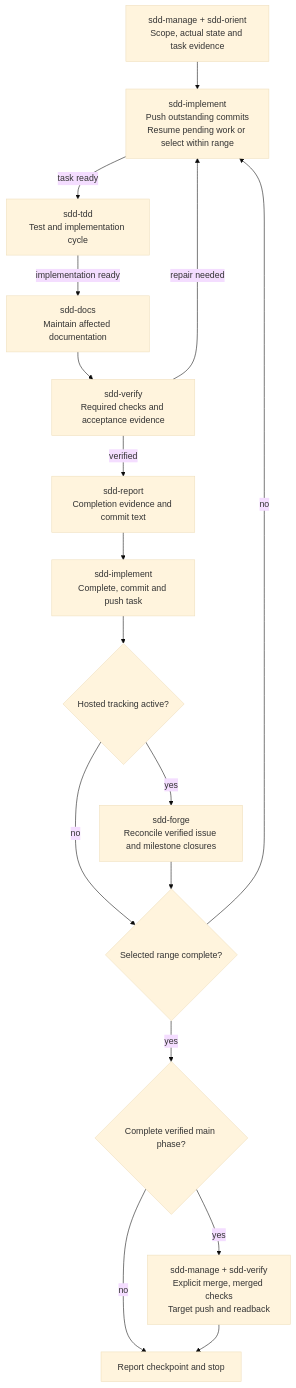
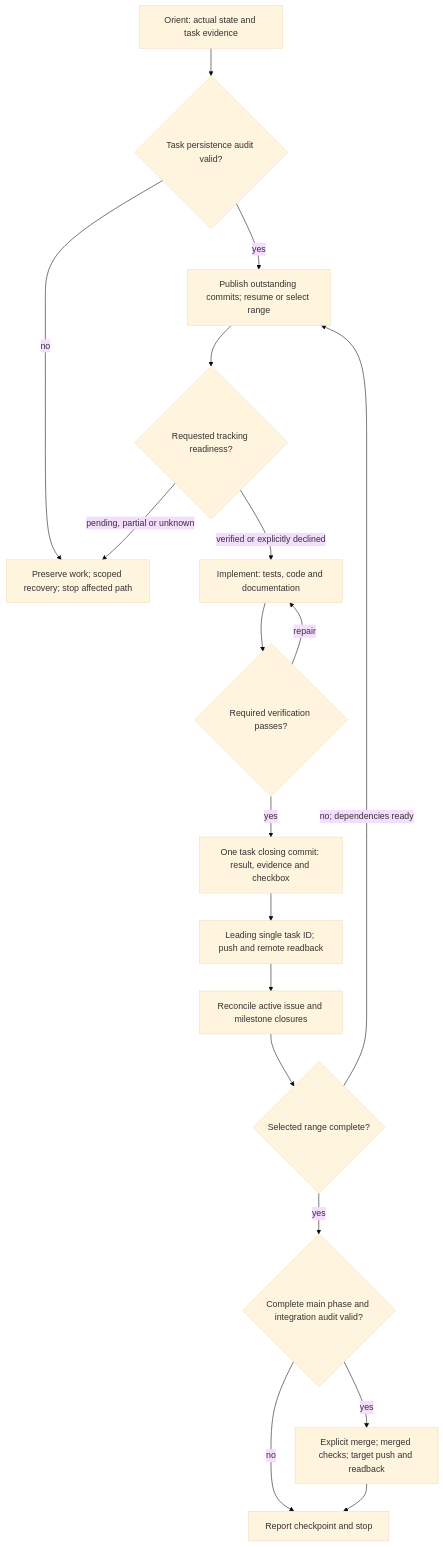
One commit to pchemguy/SDD-Manager changed the second of 4 diagrams in README.md. Above: the diagram before and after it, drawn with Mermaid (base theme). The commit also changed other lines of this file and 6 other files, not shown here.

````diff
--- a/README.md
+++ b/README.md
@@ -102,19 +102,20 @@
 ```mermaid
 flowchart TB
-    O["sdd-manage + sdd-orient<br/>Scope, actual state and task evidence"] --> I["sdd-implement<br/>Push outstanding commits<br/>Resume pending work or select within range"]
-    I -->|"task ready"| T["sdd-tdd<br/>Test and implementation cycle"]
-    T -->|"implementation ready"| D["sdd-docs<br/>Maintain affected documentation"]
-    D --> V["sdd-verify<br/>Required checks and acceptance evidence"]
-    V -->|"repair needed"| I
-    V -->|"verified"| R["sdd-report<br/>Completion evidence and commit text"]
-    R --> C["sdd-implement<br/>Complete, commit and push task"]
-    C --> H{"Hosted tracking active?"}
-    H -->|"yes"| F["sdd-forge<br/>Reconcile verified issue and milestone closures"]
-    H -->|"no"| B{"Selected range complete?"}
-    F --> B
-    B -->|"no"| I
-    B -->|"yes"| G{"Complete verified main phase?"}
+    O["Orient: actual state and task evidence"] --> A{"Task persistence audit valid?"}
+    A -->|"no"| X["Preserve work; scoped recovery; stop affected path"]
+    A -->|"yes"| I["Publish outstanding commits; resume or select range"]
+    I --> H{"Requested tracking readiness?"}
+    H -->|"pending, partial or unknown"| X
+    H -->|"verified or explicitly declined"| T["Implement: tests, code and documentation"]
+    T --> V{"Required verification passes?"}
+    V -->|"repair"| T
+    V -->|"yes"| C["One task closing commit: result, evidence and checkbox"]
+    C --> P["Leading single task ID; push and remote readback"]
+    P --> F["Reconcile active issue and milestone closures"]
+    F --> B{"Selected range complete?"}
+    B -->|"no; dependencies ready"| I
+    B -->|"yes"| G{"Complete main phase and integration audit valid?"}
     G -->|"no"| E["Report checkpoint and stop"]
-    G -->|"yes"| P["sdd-manage + sdd-verify<br/>Explicit merge, merged checks<br/>Target push and readback"]
-    P --> E
+    G -->|"yes"| M["Explicit merge; merged checks; target push and readback"]
+    M --> E
 ```
````
